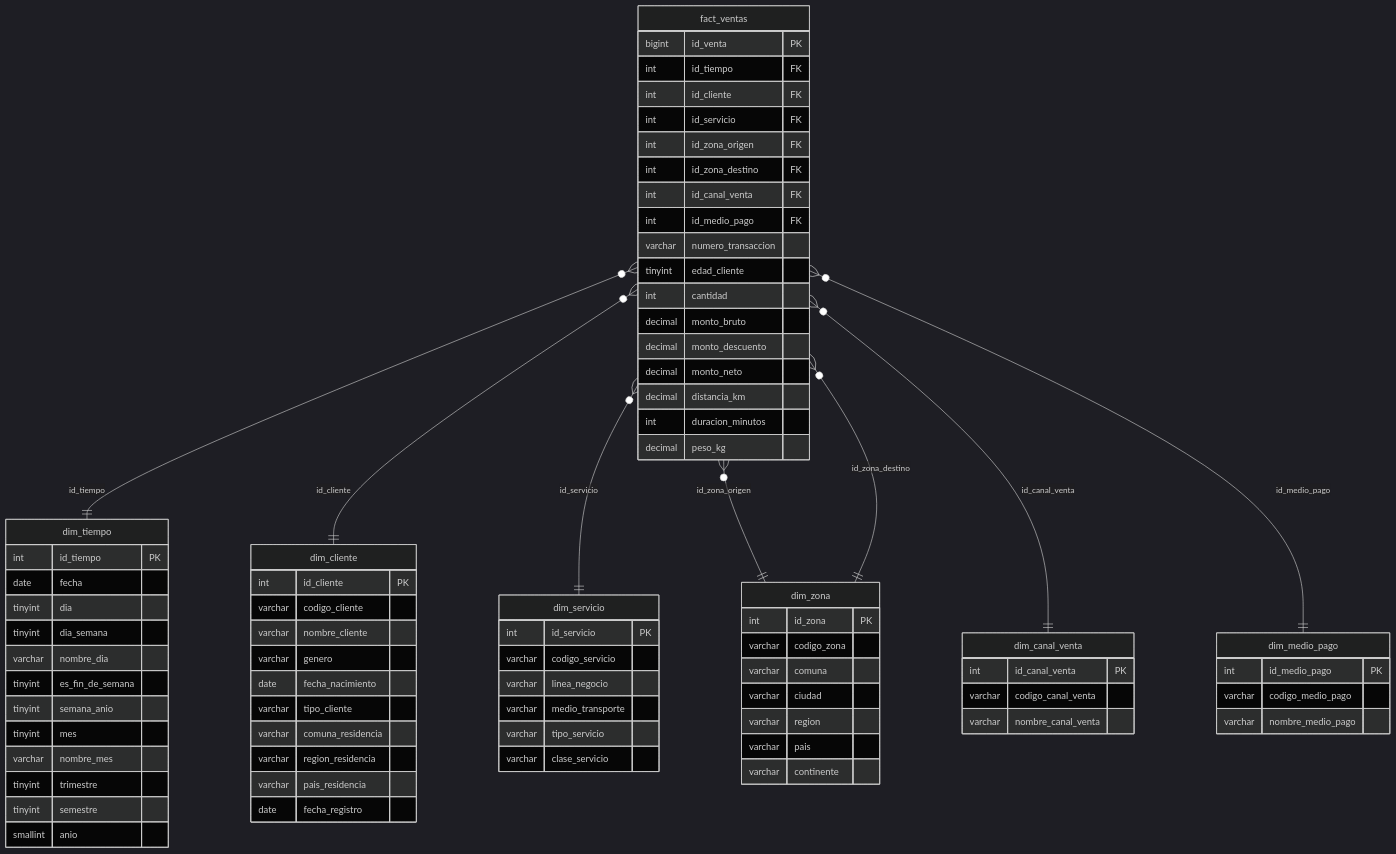
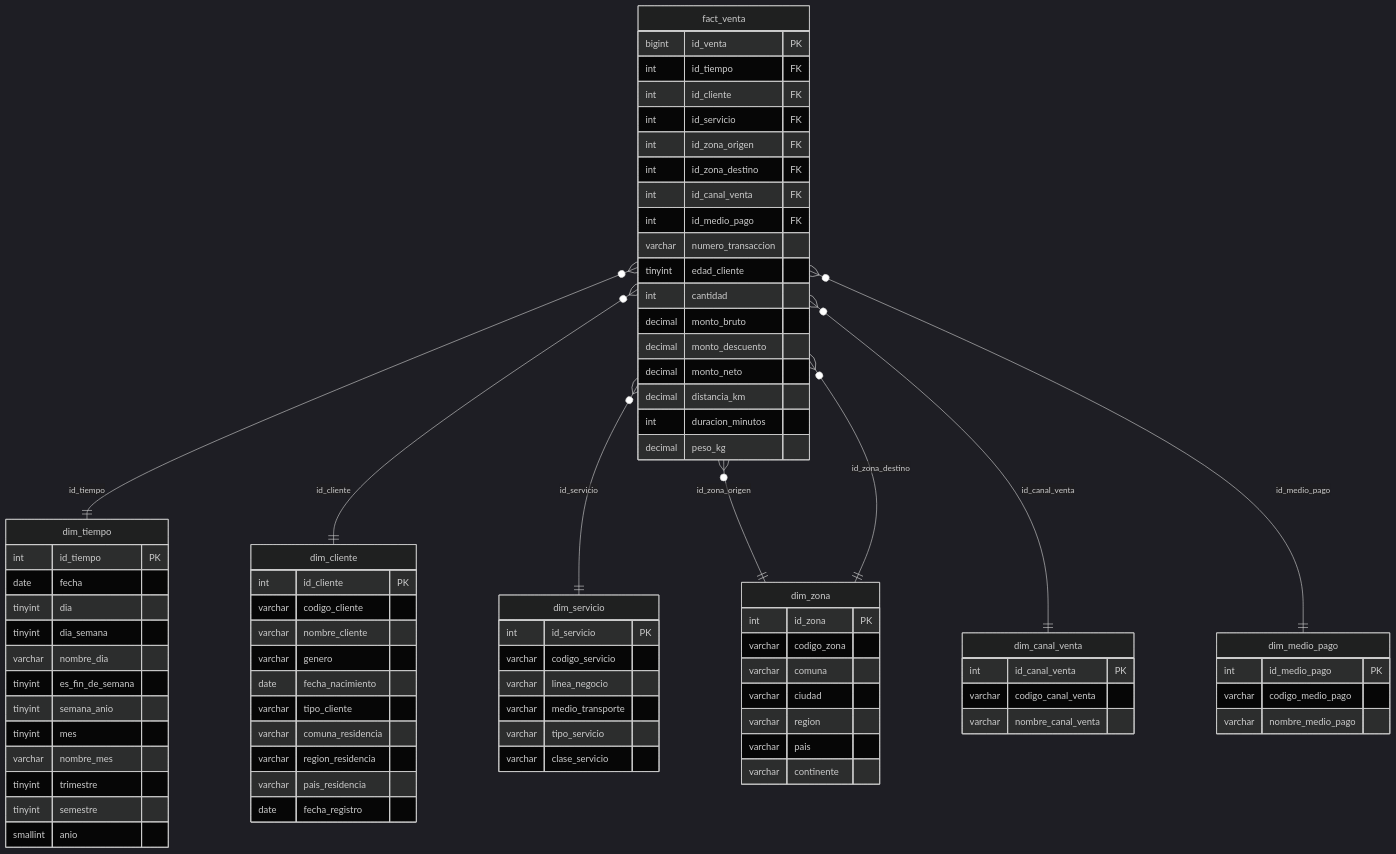
One commit to hirojika/datawarehouse-transportes-rapiditos changed the diagram in docs/modelo_dimensional.md. Above: the diagram before and after it, drawn with Mermaid (dark theme). The commit also changed other lines of this file and 25 other files, not shown here.

````diff
--- a/docs/modelo_dimensional.md
+++ b/docs/modelo_dimensional.md
@@ -151,14 +156,14 @@
 ```mermaid
 erDiagram
-    fact_ventas }o--|| dim_tiempo : id_tiempo
-    fact_ventas }o--|| dim_cliente : id_cliente
-    fact_ventas }o--|| dim_servicio : id_servicio
-    fact_ventas }o--|| dim_zona : id_zona_origen
-    fact_ventas }o--|| dim_zona : id_zona_destino
-    fact_ventas }o--|| dim_canal_venta : id_canal_venta
-    fact_ventas }o--|| dim_medio_pago : id_medio_pago
+    fact_venta }o--|| dim_tiempo : id_tiempo
+    fact_venta }o--|| dim_cliente : id_cliente
+    fact_venta }o--|| dim_servicio : id_servicio
+    fact_venta }o--|| dim_zona : id_zona_origen
+    fact_venta }o--|| dim_zona : id_zona_destino
+    fact_venta }o--|| dim_canal_venta : id_canal_venta
+    fact_venta }o--|| dim_medio_pago : id_medio_pago
 
-    fact_ventas {
+    fact_venta {
         bigint id_venta PK
         int id_tiempo FK
         int id_cliente FK
````
